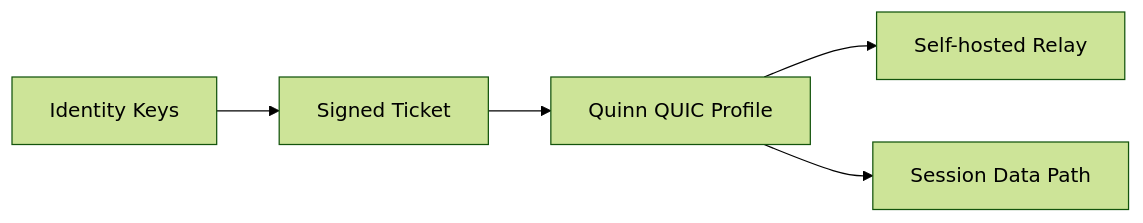
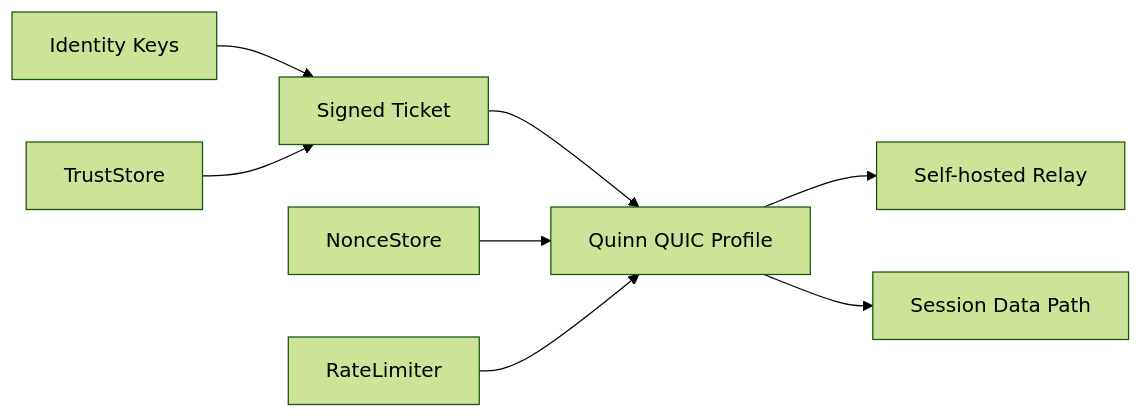
One commit to LOUST-PRO/SnapPipe changed the diagram in README.md. Above: the diagram before and after it, drawn with Mermaid (forest theme). The commit also changed other lines of this file, not shown here.

````diff
--- a/README.md
+++ b/README.md
@@ -40,13 +59,19 @@
 ```mermaid
 graph LR
    Identity[Identity Keys]
    Ticket[Signed Ticket]
+   Trust[TrustStore]
+   Nonce[NonceStore]
+   Rate[RateLimiter]
    Quinn[Quinn QUIC Profile]
    Relay[Self-hosted Relay]
    Session[Session Data Path]
 
    Identity --> Ticket
+   Trust --> Ticket
    Ticket --> Quinn
+   Nonce --> Quinn
+   Rate --> Quinn
    Quinn --> Relay
    Quinn --> Session
 ```
````
